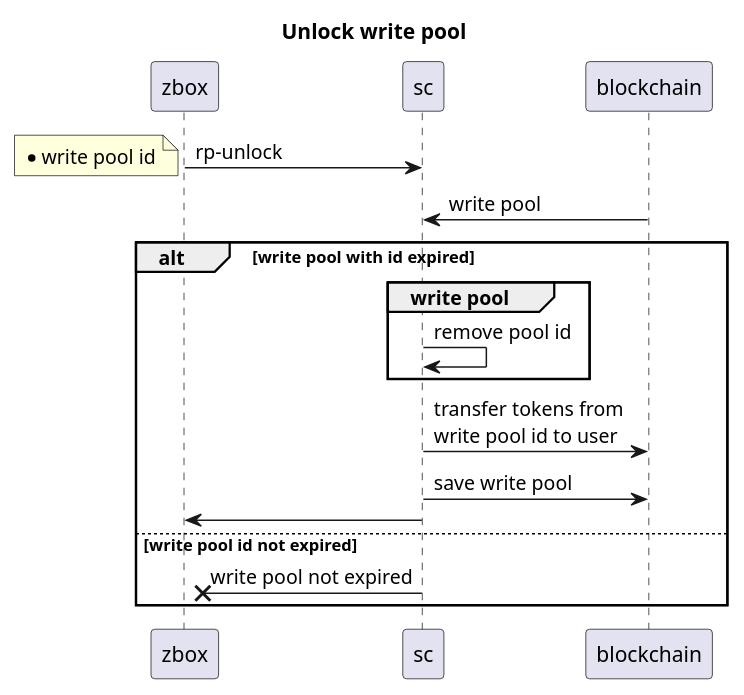
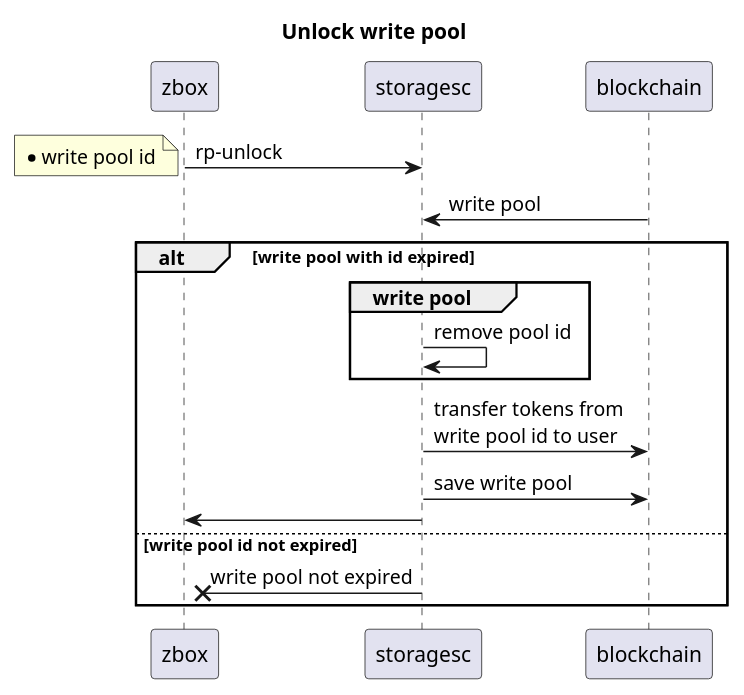
Before and after one commit to 0chain/zboxcli: diagram 32 of 32 in documents/uml.md, drawn with PlantUML. The commit also changed other lines of this file and 1 other file, not shown here.

````diff
--- a/documents/uml.md
+++ b/documents/uml.md
@@ -736,18 +742,18 @@
 ```puml
 title Unlock write pool
-zbox -> sc : rp-unlock
+zbox ->storagesc: rp-unlock
 note left
     * write pool id
 end note 
-blockchain -> sc : write pool
+blockchain ->storagesc: write pool
 alt write pool with id expired
     group write pool
-        sc -> sc : remove pool id
+       storagesc->storagesc: remove pool id
     end
-    sc -> blockchain : transfer tokens from\nwrite pool id to user
-    sc -> blockchain : save write pool
-    sc -> zbox
+   storagesc-> blockchain : transfer tokens from\nwrite pool id to user
+   storagesc-> blockchain : save write pool
+   storagesc-> zbox
 else write pool id not expired
-    sc ->x zbox : write pool not expired
+   storagesc->x zbox : write pool not expired
 end
 ```
````
